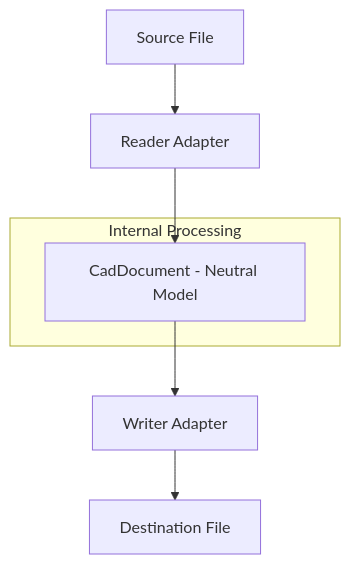
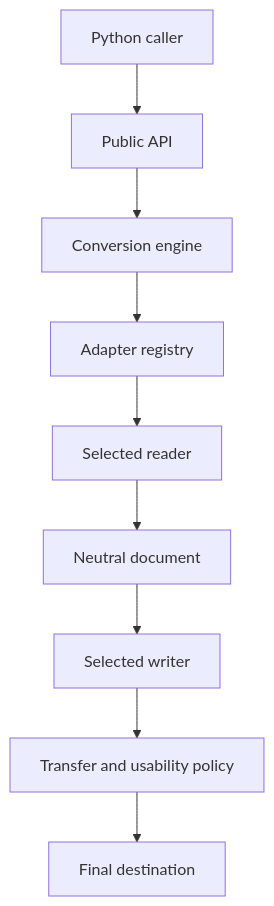
One commit to TryUniCAD/Kit changed the diagram in Documentation/Reference/Architecture/Overview.md. Above: the diagram before and after it, drawn with Mermaid. The commit also changed other lines of this file and 53 other files, not shown here.

````diff
--- a/Documentation/Reference/Architecture/Overview.md
+++ b/Documentation/Reference/Architecture/Overview.md
@@ -28,11 +28,11 @@
 ```mermaid
 flowchart TD
-    A[Source File] --> B[Reader Adapter]
-    B --> C[CadDocument - Neutral Model]
-    C --> D[Writer Adapter]
-    D --> E[Destination File]
-
-    subgraph "Internal Processing"
-    C
-    end
+    Caller[Python caller] --> API[Public API]
+    API --> Engine[Conversion engine]
+    Engine --> Registry[Adapter registry]
+    Registry --> Reader[Selected reader]
+    Reader --> Model[Neutral document]
+    Model --> Writer[Selected writer]
+    Writer --> Policy[Transfer and usability policy]
+    Policy --> Destination[Final destination]
 ```
````
